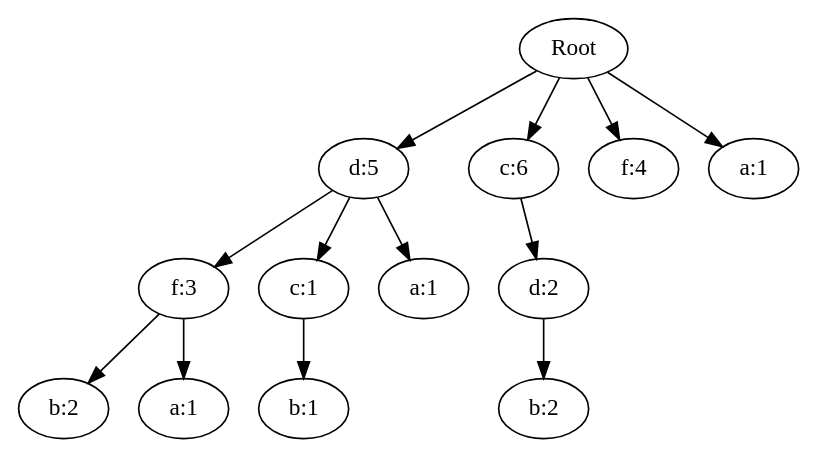
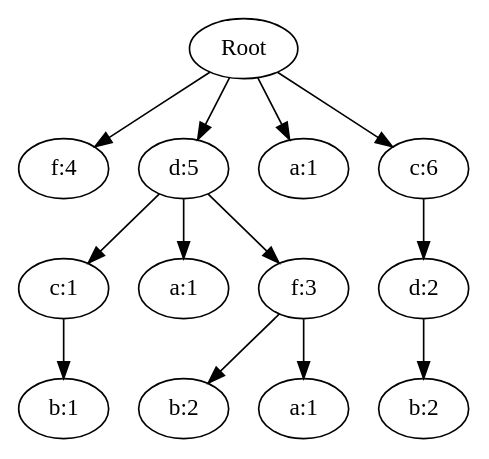
Before and after one commit to sirily11/MSBD5002-course-code: the diagram in fptree/fp_tree_test/tree.gv, drawn with Graphviz. The commit also changed 17 other files, not shown here.

```diff
--- a/fptree/fp_tree_test/tree.gv
+++ b/fptree/fp_tree_test/tree.gv
@@ -1,27 +1,27 @@
 digraph root {
-	"ca223f6e-01c0-417e-935d-b36dc8392991" [label=Root]
-	"e5dc45d4-8099-4d09-90b5-b91001de583b" [label="d:5"]
-	"ca223f6e-01c0-417e-935d-b36dc8392991" -> "e5dc45d4-8099-4d09-90b5-b91001de583b"
-	"8ee1c582-3b0c-42ae-a456-b77e5f2e1dee" [label="f:3"]
-	"e5dc45d4-8099-4d09-90b5-b91001de583b" -> "8ee1c582-3b0c-42ae-a456-b77e5f2e1dee"
-	"e451ed8a-52fe-4e27-b257-15328c1606f6" [label="b:2"]
-	"8ee1c582-3b0c-42ae-a456-b77e5f2e1dee" -> "e451ed8a-52fe-4e27-b257-15328c1606f6"
-	"ab4be179-3df7-4b31-8336-e6dc7943bda6" [label="a:1"]
-	"8ee1c582-3b0c-42ae-a456-b77e5f2e1dee" -> "ab4be179-3df7-4b31-8336-e6dc7943bda6"
-	"1184cd6d-e874-4132-8e1f-5b72850fa5cb" [label="c:1"]
-	"e5dc45d4-8099-4d09-90b5-b91001de583b" -> "1184cd6d-e874-4132-8e1f-5b72850fa5cb"
-	"94a8ef6b-8888-448a-b334-7a675358c008" [label="b:1"]
-	"1184cd6d-e874-4132-8e1f-5b72850fa5cb" -> "94a8ef6b-8888-448a-b334-7a675358c008"
-	"738302fd-5eca-462b-91cb-ea824859ccd5" [label="a:1"]
-	"e5dc45d4-8099-4d09-90b5-b91001de583b" -> "738302fd-5eca-462b-91cb-ea824859ccd5"
-	"41f7846c-da06-418f-80dd-41af4abb24eb" [label="c:6"]
-	"ca223f6e-01c0-417e-935d-b36dc8392991" -> "41f7846c-da06-418f-80dd-41af4abb24eb"
-	"344ad694-2d3b-40b2-bbd9-88b7d7c8cf30" [label="d:2"]
-	"41f7846c-da06-418f-80dd-41af4abb24eb" -> "344ad694-2d3b-40b2-bbd9-88b7d7c8cf30"
-	"2dbc9d6d-f847-4a2a-953d-4644a692f655" [label="b:2"]
-	"344ad694-2d3b-40b2-bbd9-88b7d7c8cf30" -> "2dbc9d6d-f847-4a2a-953d-4644a692f655"
-	"02959497-279d-469f-8157-20c27d1b8f3a" [label="f:4"]
-	"ca223f6e-01c0-417e-935d-b36dc8392991" -> "02959497-279d-469f-8157-20c27d1b8f3a"
-	"5f888727-099e-4ee8-92a7-1ebcea757e1b" [label="a:1"]
-	"ca223f6e-01c0-417e-935d-b36dc8392991" -> "5f888727-099e-4ee8-92a7-1ebcea757e1b"
+	"b0c96e5c-72de-4686-8017-66136e0d4aed" [label=Root]
+	"0576062c-9ec0-4bb8-85bc-b55d3124a042" [label="f:4"]
+	"b0c96e5c-72de-4686-8017-66136e0d4aed" -> "0576062c-9ec0-4bb8-85bc-b55d3124a042"
+	"09a7634b-5325-42c0-bb4f-f8a75d0cfcd2" [label="d:5"]
+	"17dc8581-c8fa-477f-8ea8-31d56d834e54" [label="c:1"]
+	"5b66677a-5af7-47ea-acbd-dc3eb3ae1a4e" [label="b:1"]
+	"17dc8581-c8fa-477f-8ea8-31d56d834e54" -> "5b66677a-5af7-47ea-acbd-dc3eb3ae1a4e"
+	"09a7634b-5325-42c0-bb4f-f8a75d0cfcd2" -> "17dc8581-c8fa-477f-8ea8-31d56d834e54"
+	"95f11f9a-3eeb-415b-9c52-f3ea13a23291" [label="a:1"]
+	"09a7634b-5325-42c0-bb4f-f8a75d0cfcd2" -> "95f11f9a-3eeb-415b-9c52-f3ea13a23291"
+	"8b6f85f2-5c74-45f3-b0d4-ab137f65439e" [label="f:3"]
+	"fc915a0c-2ed8-4d35-91ae-69938a7c4df2" [label="b:2"]
+	"8b6f85f2-5c74-45f3-b0d4-ab137f65439e" -> "fc915a0c-2ed8-4d35-91ae-69938a7c4df2"
+	"0e87690d-80d9-4318-aa00-afc7bbd9bbc9" [label="a:1"]
+	"8b6f85f2-5c74-45f3-b0d4-ab137f65439e" -> "0e87690d-80d9-4318-aa00-afc7bbd9bbc9"
+	"09a7634b-5325-42c0-bb4f-f8a75d0cfcd2" -> "8b6f85f2-5c74-45f3-b0d4-ab137f65439e"
+	"b0c96e5c-72de-4686-8017-66136e0d4aed" -> "09a7634b-5325-42c0-bb4f-f8a75d0cfcd2"
+	"79e676cb-0bcf-492a-8ff5-894f814651ed" [label="a:1"]
+	"b0c96e5c-72de-4686-8017-66136e0d4aed" -> "79e676cb-0bcf-492a-8ff5-894f814651ed"
+	"2a2c7d49-9e91-4807-aa63-2e621ca90344" [label="c:6"]
+	"79992ba4-a193-4eed-91fd-e5eaa3e8be1b" [label="d:2"]
+	"25e4e4d8-61e0-402e-9a19-27761a8e9e55" [label="b:2"]
+	"79992ba4-a193-4eed-91fd-e5eaa3e8be1b" -> "25e4e4d8-61e0-402e-9a19-27761a8e9e55"
+	"2a2c7d49-9e91-4807-aa63-2e621ca90344" -> "79992ba4-a193-4eed-91fd-e5eaa3e8be1b"
+	"b0c96e5c-72de-4686-8017-66136e0d4aed" -> "2a2c7d49-9e91-4807-aa63-2e621ca90344"
 }
```
